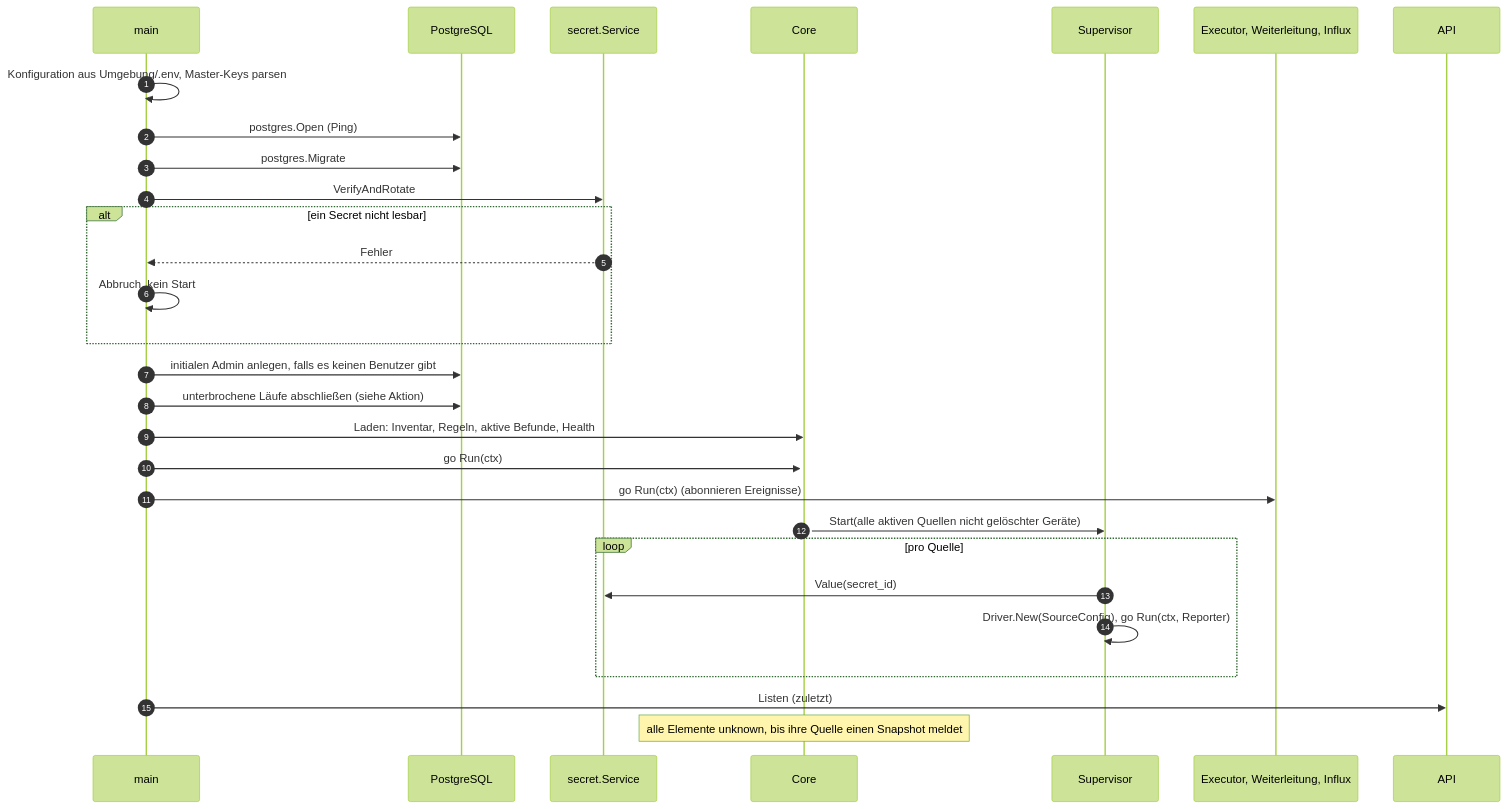
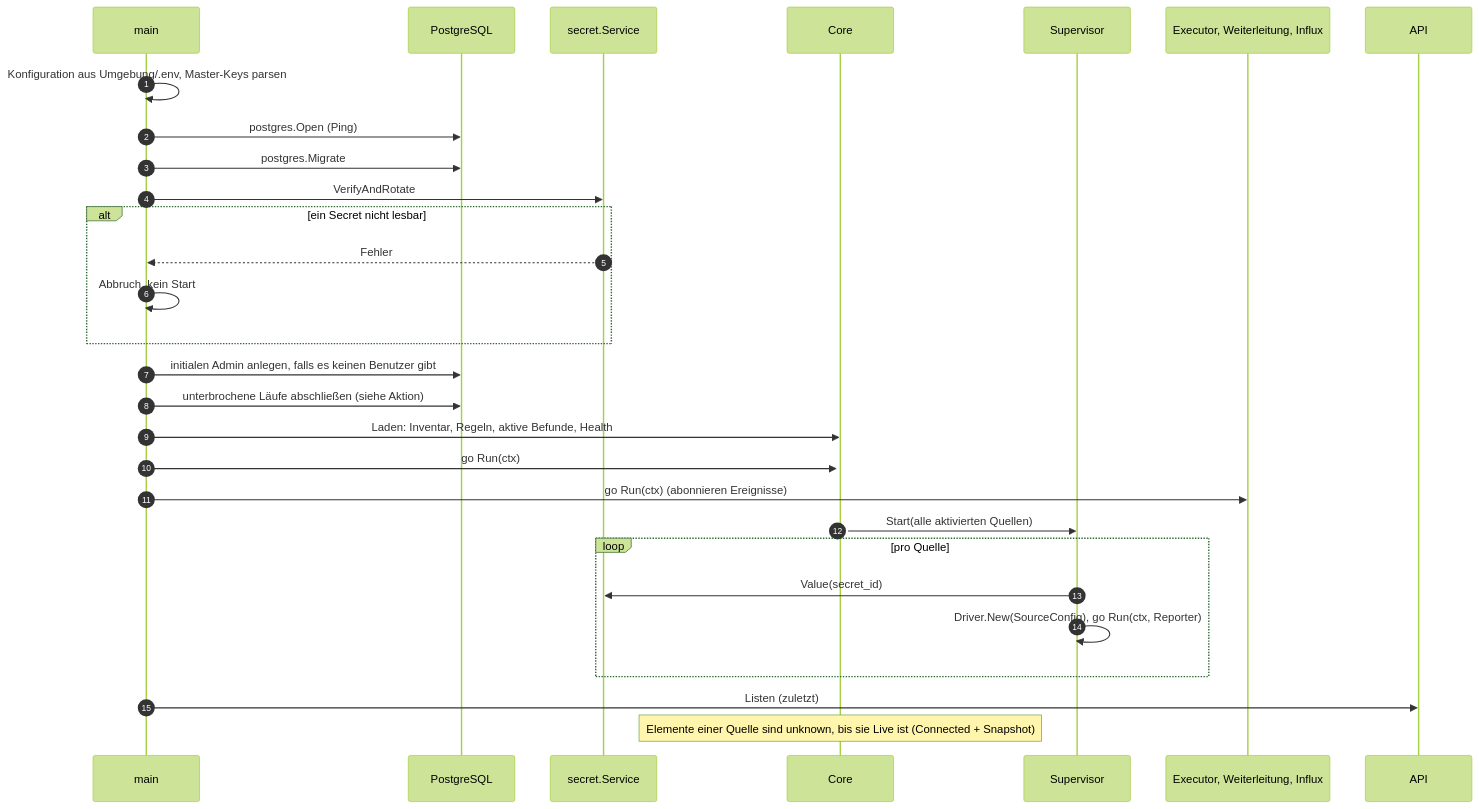
One commit to lukirs95/monika changed the first of 6 diagrams in docs/contracts/flows.md. Above: the diagram before and after it, drawn with Mermaid (forest theme). The commit also changed other lines of this file and 8 other files, not shown here.

First line of the commit message:
docs: apply architecture audit to contracts, API and status

````diff
--- a/docs/contracts/flows.md
+++ b/docs/contracts/flows.md
@@ -23,32 +23,32 @@
 ```mermaid
 sequenceDiagram
     autonumber
     participant M as main
     participant DB as PostgreSQL
     participant Sec as secret.Service
     participant C as Core
     participant Sup as Supervisor
     participant X as Executor, Weiterleitung, Influx
     participant A as API
 
     M->>M: Konfiguration aus Umgebung/.env, Master-Keys parsen
     M->>DB: postgres.Open (Ping)
     M->>DB: postgres.Migrate
     M->>Sec: VerifyAndRotate
     alt ein Secret nicht lesbar
         Sec-->>M: Fehler
         M->>M: Abbruch, kein Start
     end
     M->>DB: initialen Admin anlegen, falls es keinen Benutzer gibt
     M->>DB: unterbrochene Läufe abschließen (siehe Aktion)
     M->>C: Laden: Inventar, Regeln, aktive Befunde, Health
     M->>+C: go Run(ctx)
     M->>X: go Run(ctx) (abonnieren Ereignisse)
-    C->>Sup: Start(alle aktiven Quellen nicht gelöschter Geräte)
+    C->>Sup: Start(alle aktivierten Quellen)
     loop pro Quelle
         Sup->>Sec: Value(secret_id)
         Sup->>Sup: Driver.New(SourceConfig), go Run(ctx, Reporter)
     end
     M->>A: Listen (zuletzt)
-    Note over C: alle Elemente unknown, bis ihre Quelle einen Snapshot meldet
+    Note over C: Elemente einer Quelle sind unknown, bis sie Live ist (Connected + Snapshot)
 ```
````
